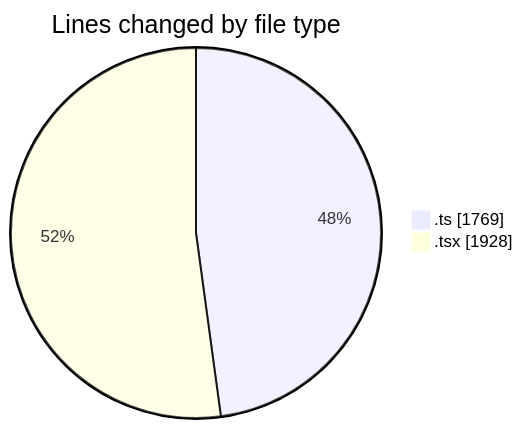
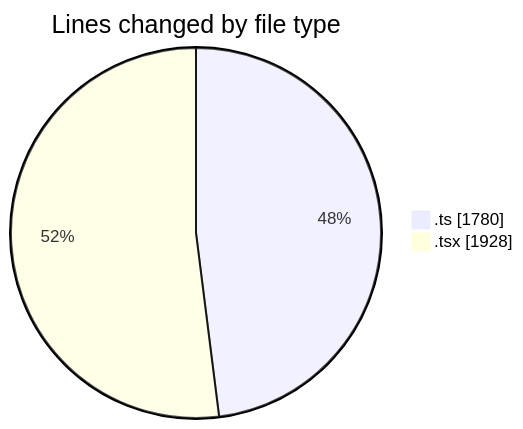
Before and after one commit to momahboobian/code-tracking: the first of 2 diagrams in 2025-07-01/cda/README.md, drawn with Mermaid. The commit also changed other lines of this file and 1 other file, not shown here.

````diff
--- a/2025-07-01/cda/README.md
+++ b/2025-07-01/cda/README.md
@@ -31,6 +31,6 @@
 ```mermaid
 pie showData
 title Lines changed by file type
-".ts" : 1769
+".ts" : 1780
 ".tsx" : 1928
 ```
````
